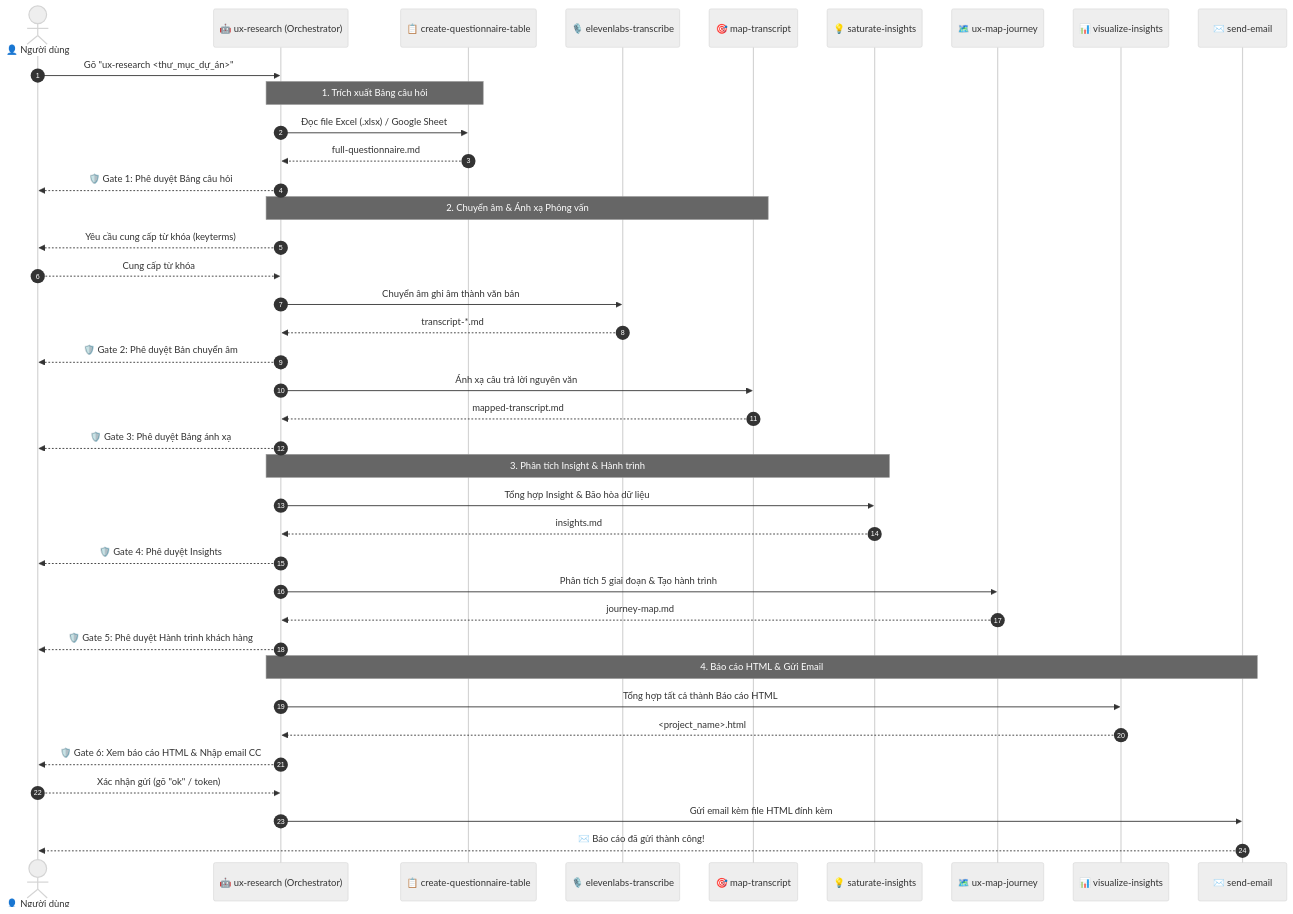
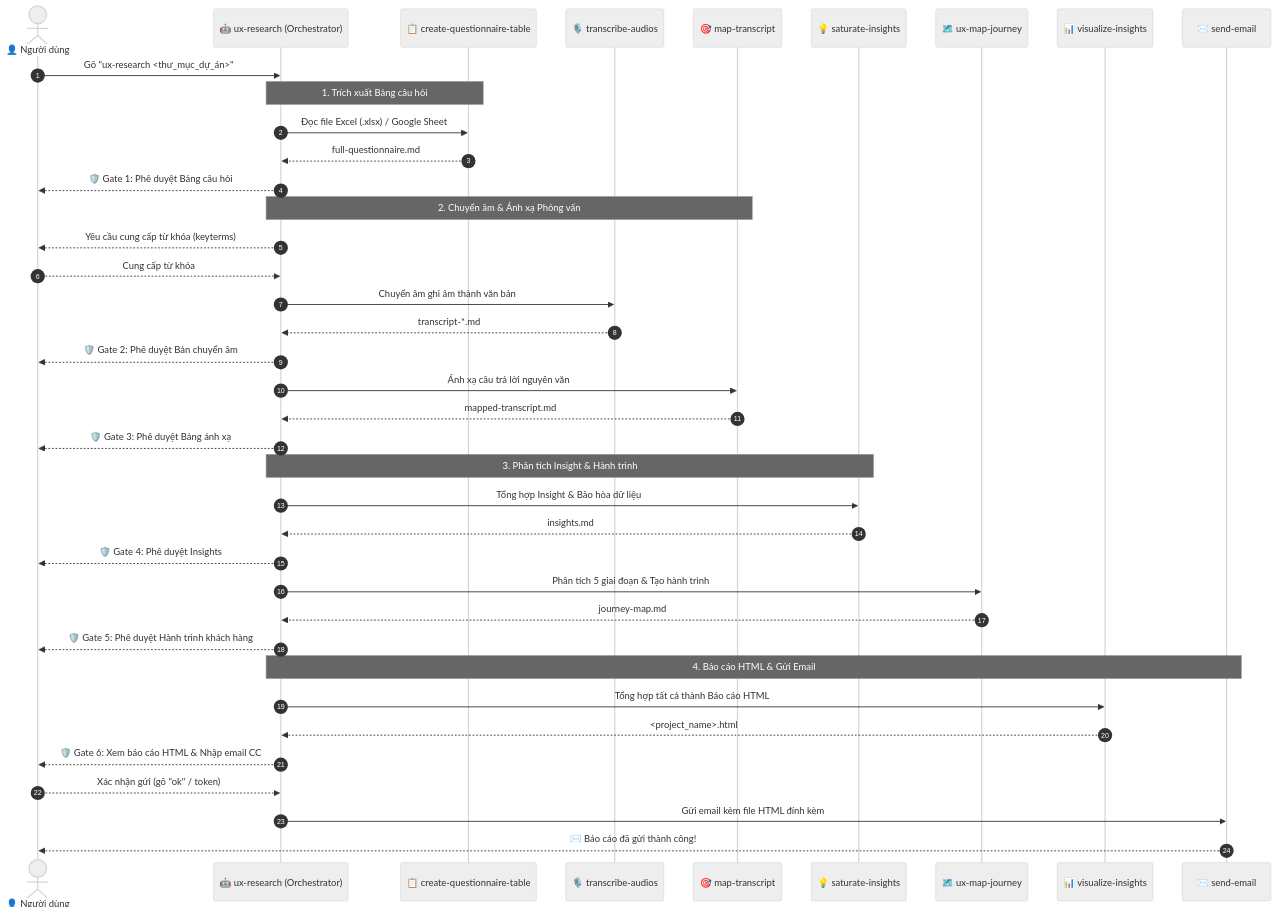
One commit to nguyenlamhai89/UX-Agent changed the diagram in README.md. Above: the diagram before and after it, drawn with Mermaid (neutral theme). The commit also changed 11 other files, not shown here.

Commit message:
refactor: rename elevenlabs-transcribe skill to transcribe-audios across workspace

````diff
--- a/README.md
+++ b/README.md
@@ -42,46 +42,46 @@
 ```mermaid
 sequenceDiagram
     autonumber
     actor User as 👤 Người dùng
     participant Parent as 🤖 ux-research (Orchestrator)
     participant CQT as 📋 create-questionnaire-table
-    participant STT as 🎙️ elevenlabs-transcribe
+    participant STT as 🎙️ transcribe-audios
     participant MT as 🎯 map-transcript
     participant SA as 💡 saturate-insights
     participant UXM as 🗺️ ux-map-journey
     participant VIS as 📊 visualize-insights
     participant EMAIL as ✉️ send-email
 
     User->>Parent: Gõ "ux-research <thư_mục_dự_án>"
     
     Note over Parent, CQT: 1. Trích xuất Bảng câu hỏi
     Parent->>CQT: Đọc file Excel (.xlsx) / Google Sheet
     CQT-->>Parent: full-questionnaire.md
     Parent-->>User: 🛡️ Gate 1: Phê duyệt Bảng câu hỏi
 
     Note over Parent, MT: 2. Chuyển âm & Ánh xạ Phỏng vấn
     Parent-->>User: Yêu cầu cung cấp từ khóa (keyterms)
     User-->>Parent: Cung cấp từ khóa
     Parent->>STT: Chuyển âm ghi âm thành văn bản
     STT-->>Parent: transcript-*.md
     Parent-->>User: 🛡️ Gate 2: Phê duyệt Bản chuyển âm
     Parent->>MT: Ánh xạ câu trả lời nguyên văn
     MT-->>Parent: mapped-transcript.md
     Parent-->>User: 🛡️ Gate 3: Phê duyệt Bảng ánh xạ
 
     Note over Parent, SA: 3. Phân tích Insight & Hành trình
     Parent->>SA: Tổng hợp Insight & Bão hòa dữ liệu
     SA-->>Parent: insights.md
     Parent-->>User: 🛡️ Gate 4: Phê duyệt Insights
     Parent->>UXM: Phân tích 5 giai đoạn & Tạo hành trình
     UXM-->>Parent: journey-map.md
     Parent-->>User: 🛡️ Gate 5: Phê duyệt Hành trình khách hàng
 
     Note over Parent, EMAIL: 4. Báo cáo HTML & Gửi Email
     Parent->>VIS: Tổng hợp tất cả thành Báo cáo HTML
     VIS-->>Parent: <project_name>.html
     Parent-->>User: 🛡️ Gate 6: Xem báo cáo HTML & Nhập email CC
     User-->>Parent: Xác nhận gửi (gõ "ok" / token)
     Parent->>EMAIL: Gửi email kèm file HTML đính kèm
     EMAIL-->>User: ✉️ Báo cáo đã gửi thành công!
 ```
````
